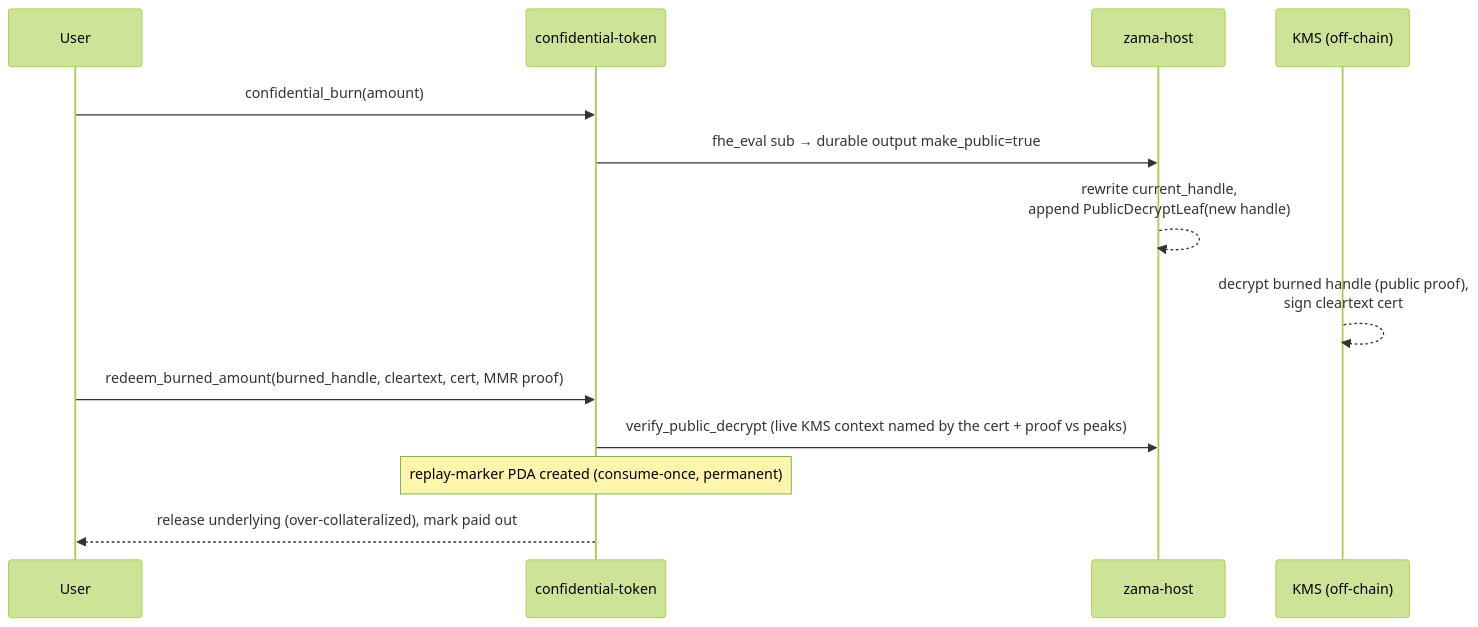
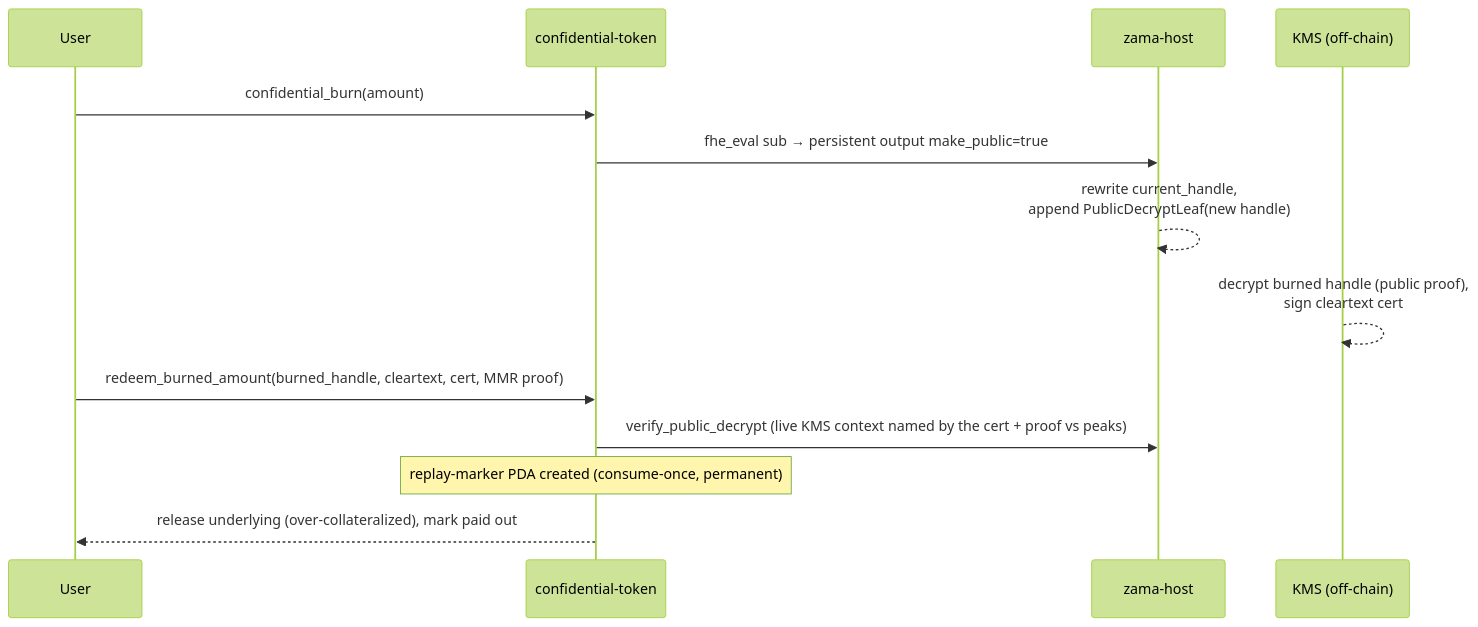
One commit to zama-ai/fhevm changed the fifth of 6 diagrams in solana/docs/MMR_ACL_MVP.md. Above: the diagram before and after it, drawn with Mermaid (forest theme). The commit also changed other lines of this file and 77 other files, not shown here.

First line of the commit message:
refactor(solana): rename durable to persistent (fhevm-internal#1859 §2)

````diff
--- a/solana/docs/MMR_ACL_MVP.md
+++ b/solana/docs/MMR_ACL_MVP.md
@@ -155,15 +155,15 @@
 ```mermaid
 sequenceDiagram
     participant U as User
     participant CT as confidential-token
     participant ZH as zama-host
     participant KMS as KMS (off-chain)
     U->>CT: confidential_burn(amount)
-    CT->>ZH: fhe_eval sub → durable output make_public=true
+    CT->>ZH: fhe_eval sub → persistent output make_public=true
     ZH-->>ZH: rewrite current_handle,<br/>append PublicDecryptLeaf(new handle)
     KMS-->>KMS: decrypt burned handle (public proof),<br/>sign cleartext cert
     U->>CT: redeem_burned_amount(burned_handle, cleartext, cert, MMR proof)
     CT->>ZH: verify_public_decrypt (live KMS context named by the cert + proof vs peaks)
     Note over CT: replay-marker PDA created (consume-once, permanent)
     CT-->>U: release underlying (over-collateralized), mark paid out
 ```
````
